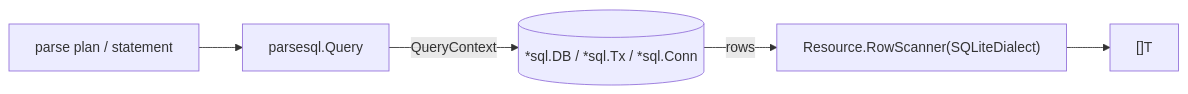
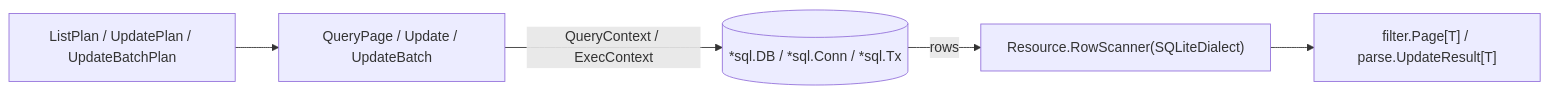
Before and after one commit to ashtonian/pkg: the diagram in parse/parsesql/README.md, drawn with Mermaid. The commit also changed other lines of this file and 40 other files, not shown here.

First line of the commit message:
feat(parse)!: executors for every plan on both backends; Update reports what changed

````diff
--- a/parse/parsesql/README.md
+++ b/parse/parsesql/README.md
@@ -18,7 +24,7 @@
 ```mermaid
 flowchart LR
-    plan["parse plan / statement"] --> query["parsesql.Query"]
-    query -->|"QueryContext"| db[("*sql.DB / *sql.Tx / *sql.Conn")]
+    plan["ListPlan / UpdatePlan / UpdateBatchPlan"] --> exec["QueryPage / Update / UpdateBatch"]
+    exec -->|"QueryContext / ExecContext"| db[("*sql.DB / *sql.Conn / *sql.Tx")]
     db -->|"rows"| scanner["Resource.RowScanner(SQLiteDialect)"]
-    scanner --> items["[]T"]
+    scanner --> out["filter.Page[T] / parse.UpdateResult[T]"]
 ```
````
